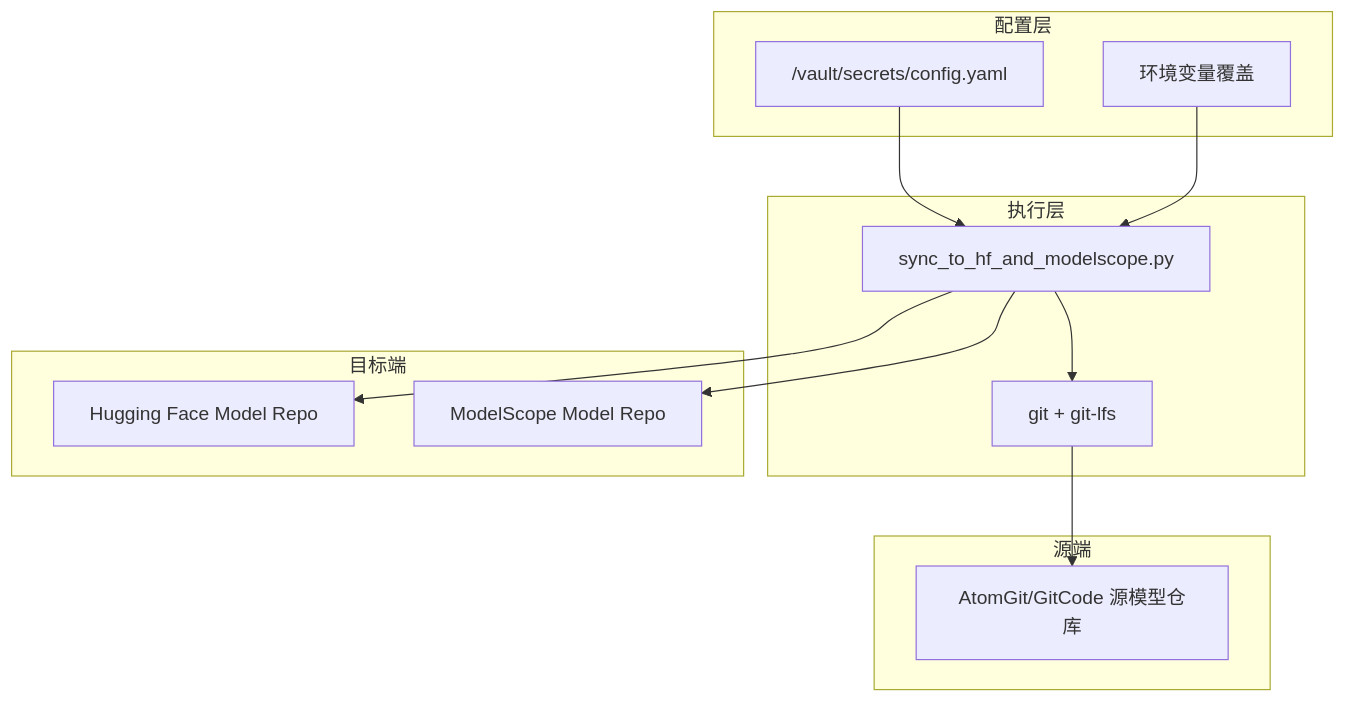
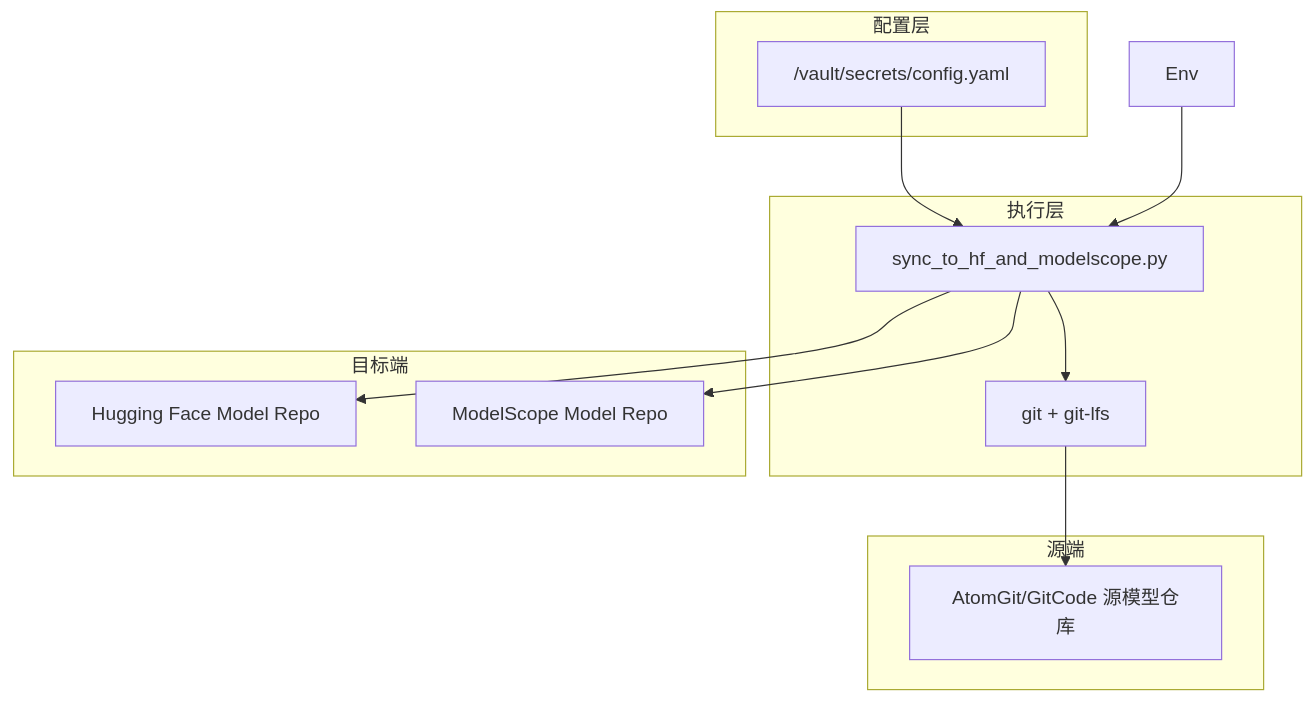
Before and after one commit to GeorgeCao-hw/backlog-test: the first of 2 diagrams in opensourceways/backlog/issue_docs/144/Architecture Desgin/#144 Architecture Design Specification.md, drawn with Mermaid. The commit also changed other lines of this file and 1 other file, not shown here.

````diff
--- a/opensourceways/backlog/issue_docs/144/Architecture Desgin/#144 Architecture Design Specification.md
+++ b/opensourceways/backlog/issue_docs/144/Architecture Desgin/#144 Architecture Design Specification.md
@@ -19,28 +19,27 @@
 ```mermaid
 graph TB
     subgraph "配置层"
         Vault["/vault/secrets/config.yaml"]
-        Env["环境变量覆盖"]
     end
 
     subgraph "执行层"
         Script["sync_to_hf_and_modelscope.py"]
         Git["git + git-lfs"]
     end
 
     subgraph "源端"
         SourceRepo["AtomGit/GitCode 源模型仓库"]
     end
 
     subgraph "目标端"
         HF["Hugging Face Model Repo"]
         MS["ModelScope Model Repo"]
     end
 
     Vault --> Script
     Env --> Script
     Script --> Git
     Git --> SourceRepo
     Script --> HF
     Script --> MS
 ```
````
